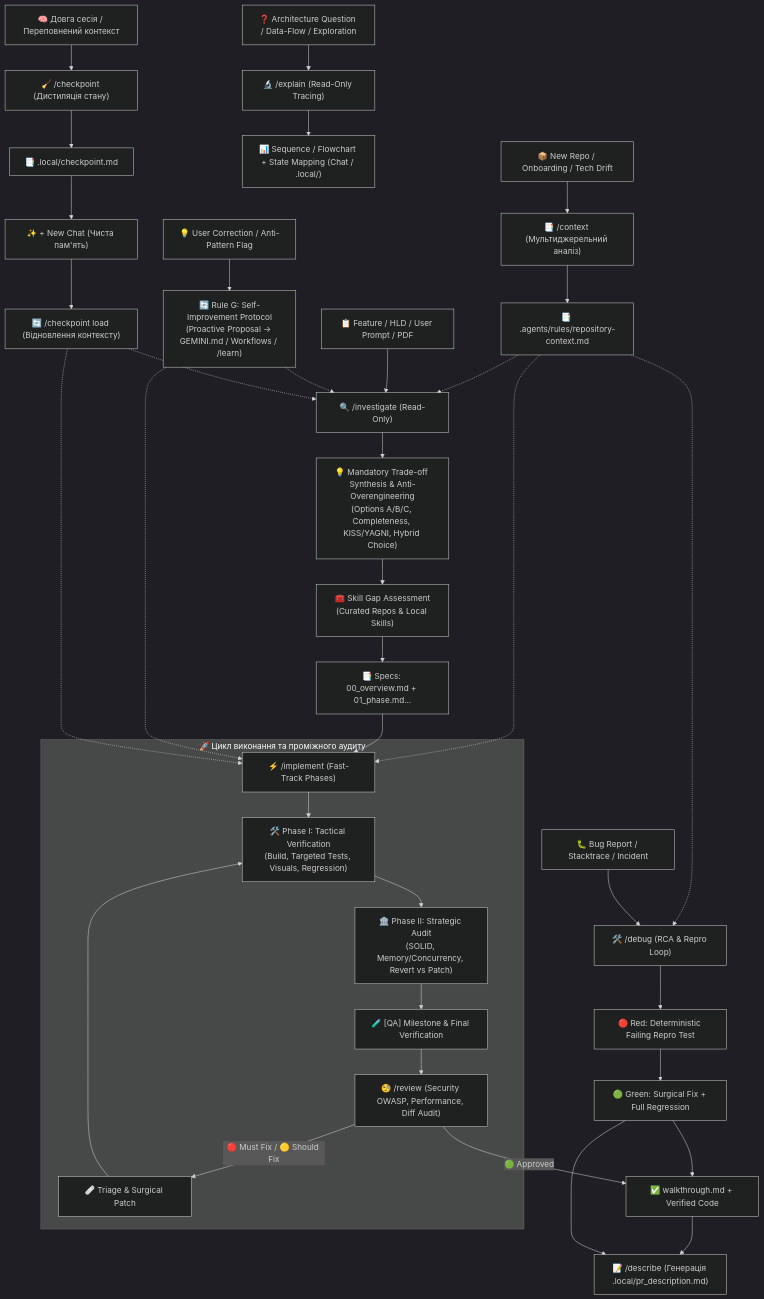
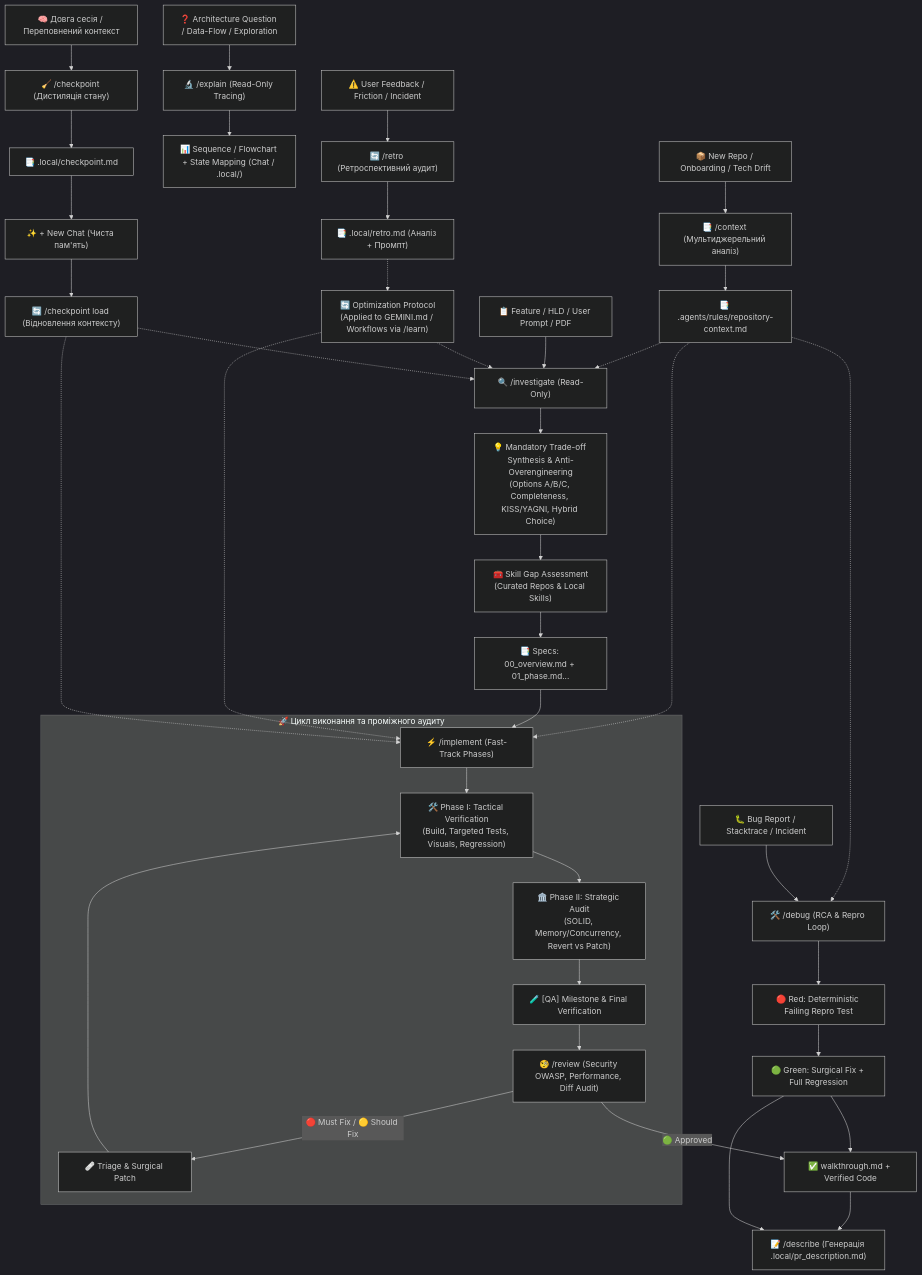
Before and after one commit to nperepichka/Antigravity: the diagram in README.md, drawn with Mermaid (dark theme). The commit also changed other lines of this file and 3 other files, not shown here.

````diff
--- a/README.md
+++ b/README.md
@@ -9,46 +9,48 @@
 ```mermaid
 flowchart TD
     RepoInit["📦 New Repo / Onboarding / Tech Drift"] --> Context["📑 /context (Мультиджерельний аналіз)"]
     Context --> ContextFile["📑 .agents/rules/repository-context.md"]
     ContextFile -.-> Investigate
     ContextFile -.-> Implement
     ContextFile -.-> Debug
 
     Task["📋 Feature / HLD / User Prompt / PDF"] --> Investigate["🔍 /investigate (Read-Only)"]
     Investigate --> SolutionSynthesis["💡 Mandatory Trade-off Synthesis & Anti-Overengineering\n(Options A/B/C, Completeness, KISS/YAGNI, Hybrid Choice)"]
     SolutionSynthesis --> SkillDiscovery["🧰 Skill Gap Assessment\n(Curated Repos & Local Skills)"]
     SkillDiscovery --> Specs["📑 Specs: 00_overview.md + 01_phase.md..."]
     Specs --> Implement["⚡ /implement (Fast-Track Phases)"]
 
     Query["❓ Architecture Question / Data-Flow / Exploration"] --> Explain["🔬 /explain (Read-Only Tracing)"]
     Explain --> TraceOutput["📊 Sequence / Flowchart + State Mapping (Chat / .local/)"]
     
     subgraph ExecutionGroup ["🚀 Цикл виконання та проміжного аудиту"]
         Implement --> Tactical["🛠️ Phase I: Tactical Verification\n(Build, Targeted Tests, Visuals, Regression)"]
         Tactical --> Strategic["🏛️ Phase II: Strategic Audit\n(SOLID, Memory/Concurrency, Revert vs Patch)"]
         Strategic --> MilestoneQA["🧪 [QA] Milestone & Final Verification"]
         MilestoneQA --> ReviewGate["🧐 /review (Security OWASP, Performance, Diff Audit)"]
         ReviewGate -->|🔴 Must Fix / 🟡 Should Fix| PatchLoop["🩹 Triage & Surgical Patch"]
         PatchLoop --> Tactical
     end
 
     ReviewGate -->|🟢 Approved| Walkthrough["✅ walkthrough.md + Verified Code"]
     Walkthrough --> Describe["📝 /describe (Генерація .local/pr_description.md)"]
 
     Bug["🐛 Bug Report / Stacktrace / Incident"] --> Debug["🛠️ /debug (RCA & Repro Loop)"]
     Debug --> RedTest["🔴 Red: Deterministic Failing Repro Test"]
     RedTest --> GreenFix["🟢 Green: Surgical Fix + Full Regression"]
     GreenFix --> Walkthrough
     GreenFix --> Describe
 
-    UserFeedback["💡 User Correction / Anti-Pattern Flag"] --> RuleG["🔄 Rule G: Self-Improvement Protocol\n(Proactive Proposal -> GEMINI.md / Workflows / /learn)"]
-    RuleG -.-> Investigate
-    RuleG -.-> Implement
+    SessionFriction["⚠️ User Feedback / Friction / Incident"] --> Retro["🔄 /retro (Ретроспективний аудит)"]
+    Retro --> RetroReport["📑 .local/retro.md (Аналіз + Промпт)"]
+    RetroReport -.-> Optimize["🔄 Optimization Protocol\n(Applied to GEMINI.md / Workflows via /learn)"]
+    Optimize -.-> Investigate
+    Optimize -.-> Implement
 
     ContextBloat["🧠 Довга сесія / Переповнений контекст"] --> CheckpointSave["🧹 /checkpoint (Дистиляція стану)"]
     CheckpointSave --> CheckpointFile["📑 .local/checkpoint.md"]
     CheckpointFile --> NewSession["✨ + New Chat (Чиста пам'ять)"]
     NewSession --> CheckpointLoad["🔄 /checkpoint load (Відновлення контексту)"]
     CheckpointLoad -.-> Investigate
     CheckpointLoad -.-> Implement
 ```
````
